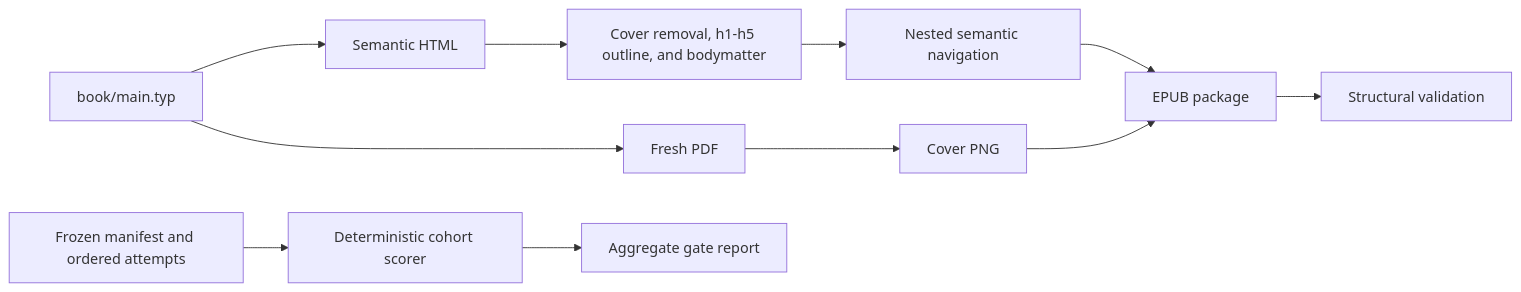
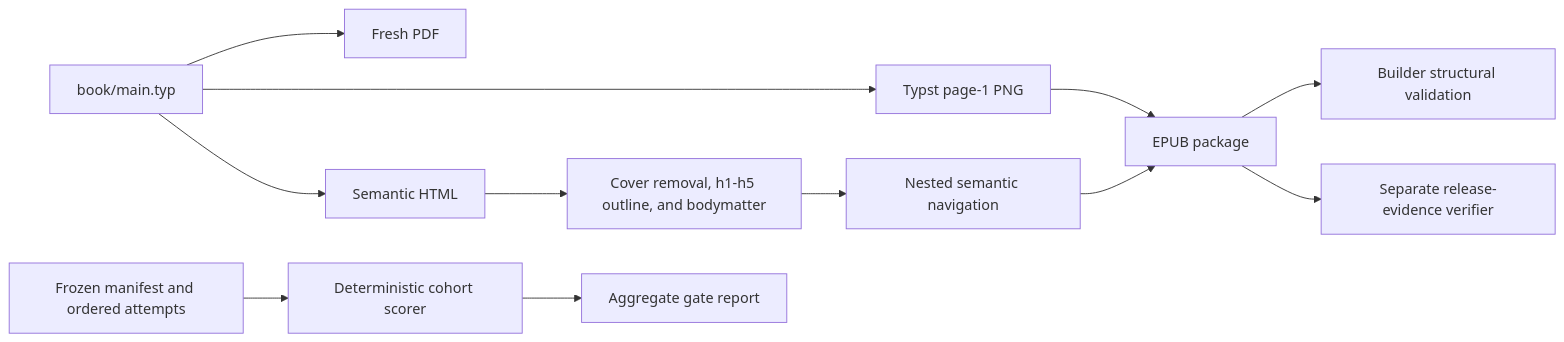
The first of 5 diagrams in scripts/AGENTS.md (streamentry/streamentry), drawn with Mermaid before and after one commit. The commit also changed other lines of this file and 26 other files, not shown here.

````diff
--- a/scripts/AGENTS.md
+++ b/scripts/AGENTS.md
@@ -25,13 +29,14 @@
 ```mermaid
 flowchart LR
   T["book/main.typ"] --> P["Fresh PDF"]
+  T --> C["Typst page-1 PNG"]
   T --> H["Semantic HTML"]
-  P --> C["Cover PNG"]
   H --> X["Cover removal, h1-h5 outline, and bodymatter"]
   X --> N["Nested semantic navigation"]
   N --> E["EPUB package"]
   C --> E
-  E --> V["Structural validation"]
+  E --> V["Builder structural validation"]
+  E --> W["Separate release-evidence verifier"]
   R["Frozen manifest and ordered attempts"] --> S["Deterministic cohort scorer"]
   S --> G["Aggregate gate report"]
 ```
````
